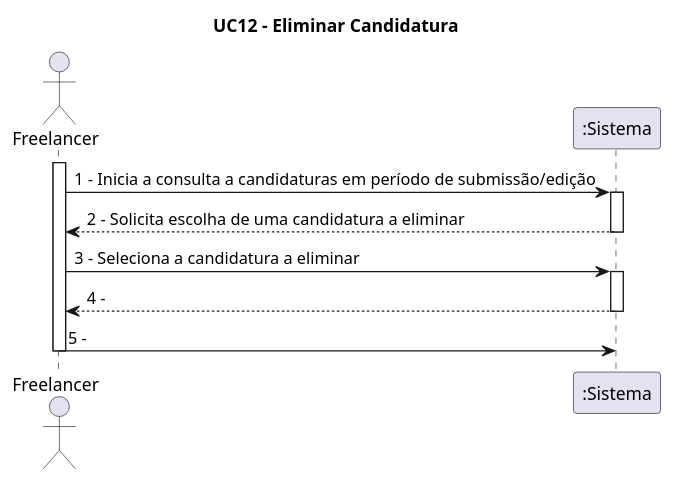
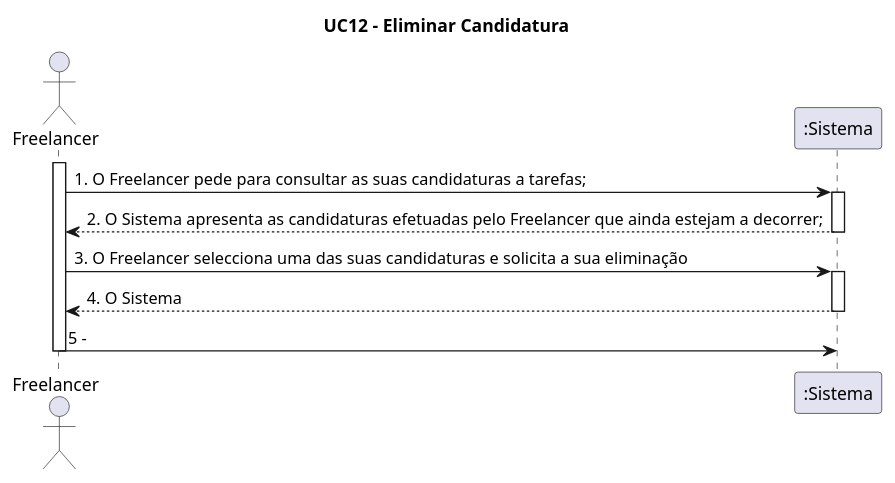
The diagram in Documentação/Sprint 4/UC12_Eliminar_Candidatura/UC12_Eliminar_Candidatura_DSS.wsd (blestonbandeiraUPSKILL/upskill_java1_labprg_grupo2), drawn with PlantUML before and after one commit.

```diff
--- a/Documentação/Sprint 4/UC12_Eliminar_Candidatura/UC12_Eliminar_Candidatura_DSS.wsd
+++ b/Documentação/Sprint 4/UC12_Eliminar_Candidatura/UC12_Eliminar_Candidatura_DSS.wsd
@@ -1,16 +1,16 @@
 @startuml
 title UC12 - Eliminar Candidatura
 actor Freelancer
 activate Freelancer
-Freelancer -> ":Sistema" : 1 - Inicia a consulta a candidaturas em período de submissão/edição
+Freelancer -> ":Sistema" : 1. O Freelancer pede para consultar as suas candidaturas a tarefas;
 activate ":Sistema"
-":Sistema" --> Freelancer : 2 - Solicita escolha de uma candidatura a eliminar
+":Sistema" --> Freelancer : 2. O Sistema apresenta as candidaturas efetuadas pelo Freelancer que ainda estejam a decorrer;  
 deactivate ":Sistema"
-Freelancer -> ":Sistema" : 3 - Seleciona a candidatura a eliminar
+Freelancer -> ":Sistema" : 3. O Freelancer selecciona uma das suas candidaturas e solicita a sua eliminação
 activate ":Sistema"
-":Sistema" --> Freelancer : 4 - 
+":Sistema" --> Freelancer : 4. O Sistema 
 deactivate ":Sistema"
 Freelancer -> ":Sistema" : 5 - 
 deactivate ":Sistema"
 deactivate Freelancer
 @enduml
```
